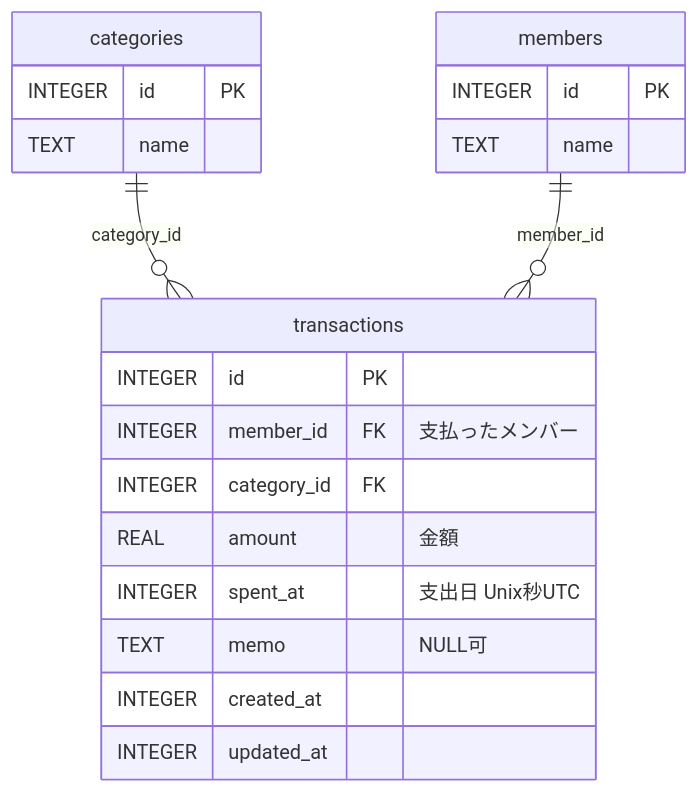
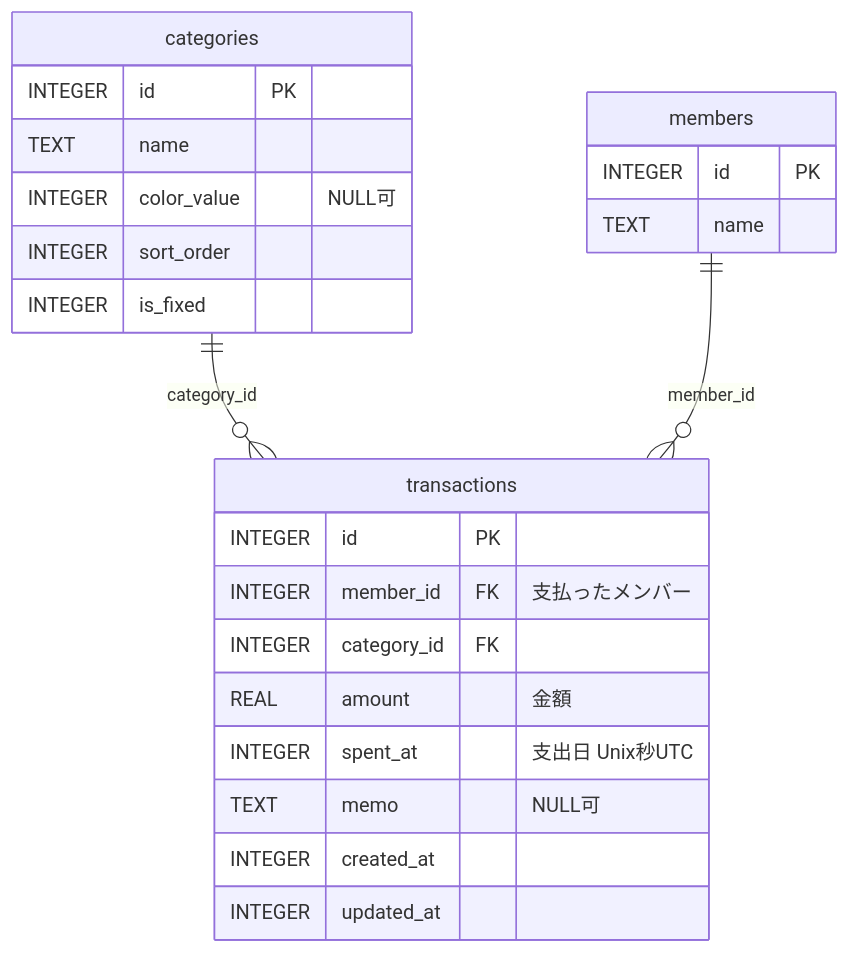
The diagram in docs/db-schema.md (t1a2i3t4i5/LedgerCore), drawn with Mermaid before and after one commit. The commit also changed other lines of this file and 30 other files, not shown here.

````diff
--- a/docs/db-schema.md
+++ b/docs/db-schema.md
@@ -18,26 +18,29 @@
 ```mermaid
 erDiagram
     categories ||--o{ transactions : "category_id"
     members    ||--o{ transactions : "member_id"
 
     categories {
         INTEGER id PK
         TEXT name
+        INTEGER color_value "NULL可"
+        INTEGER sort_order
+        INTEGER is_fixed
     }
 
     members {
         INTEGER id PK
         TEXT name
     }
 
     transactions {
         INTEGER id PK
         INTEGER member_id FK "支払ったメンバー"
         INTEGER category_id FK
         REAL amount "金額"
         INTEGER spent_at "支出日 Unix秒UTC"
         TEXT memo "NULL可"
         INTEGER created_at
         INTEGER updated_at
     }
 ```
````
